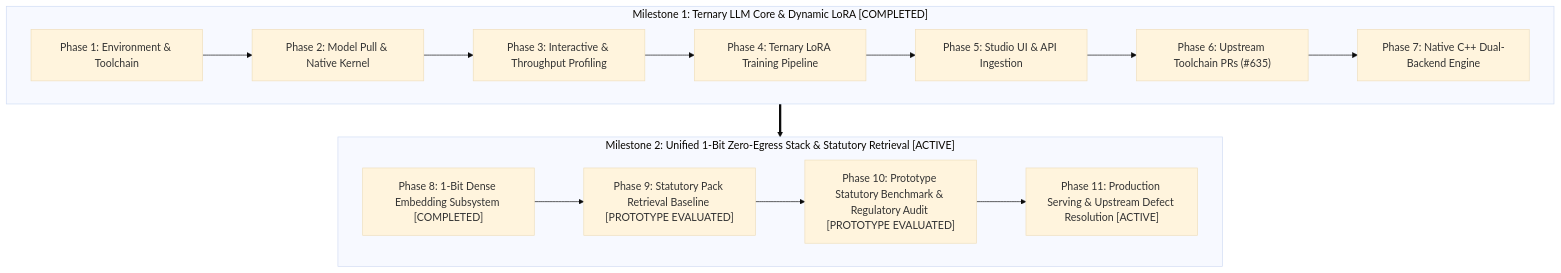
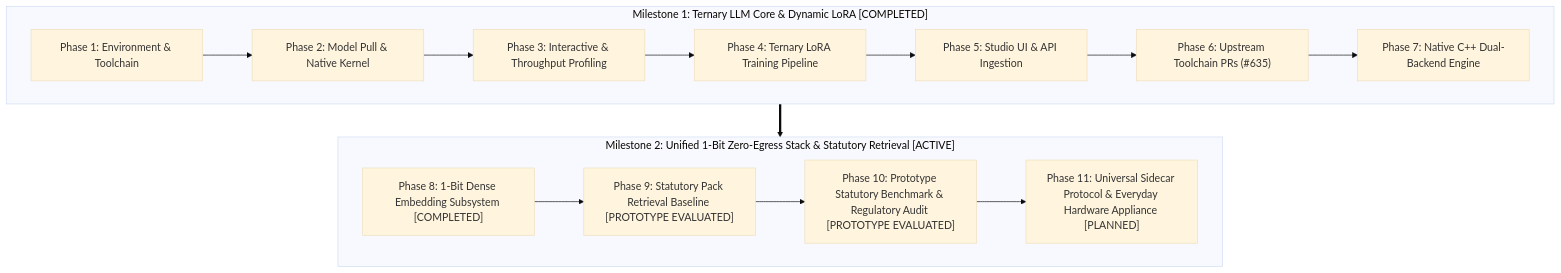
The second of 2 diagrams in docs/ROADMAP.md (knowthankyew/event-driven-ftaas), drawn with Mermaid (base theme) before and after one commit. The commit also changed other lines of this file and 8 other files, not shown here.

Commit message:
docs: align architectural claims, benchmark tables, and studio documentation

````diff
--- a/docs/ROADMAP.md
+++ b/docs/ROADMAP.md
@@ -104,22 +104,22 @@
 ```mermaid
 flowchart TD
     subgraph M1["Milestone 1: Ternary LLM Core & Dynamic LoRA [COMPLETED]"]
         P1["Phase 1: Environment & Toolchain"] --> P2["Phase 2: Model Pull & Native Kernel"]
         P2 --> P3["Phase 3: Interactive & Throughput Profiling"]
         P3 --> P4["Phase 4: Ternary LoRA Training Pipeline"]
         P4 --> P5["Phase 5: Studio UI & API Ingestion"]
         P5 --> P6["Phase 6: Upstream Toolchain PRs (#635)"]
         P6 --> P7["Phase 7: Native C++ Dual-Backend Engine"]
     end
 
     subgraph M2["Milestone 2: Unified 1-Bit Zero-Egress Stack & Statutory Retrieval [ACTIVE]"]
         P8["Phase 8: 1-Bit Dense Embedding Subsystem [COMPLETED]"]
         P9["Phase 9: Statutory Pack Retrieval Baseline [PROTOTYPE EVALUATED]"]
         P10["Phase 10: Prototype Statutory Benchmark & Regulatory Audit [PROTOTYPE EVALUATED]"]
-        P11["Phase 11: Production Serving & Upstream Defect Resolution [ACTIVE]"]
+        P11["Phase 11: Universal Sidecar Protocol & Everyday Hardware Appliance [PLANNED]"]
         
         P8 --> P9 --> P10 --> P11
     end
 
     M1 ==> M2
 ```
````
